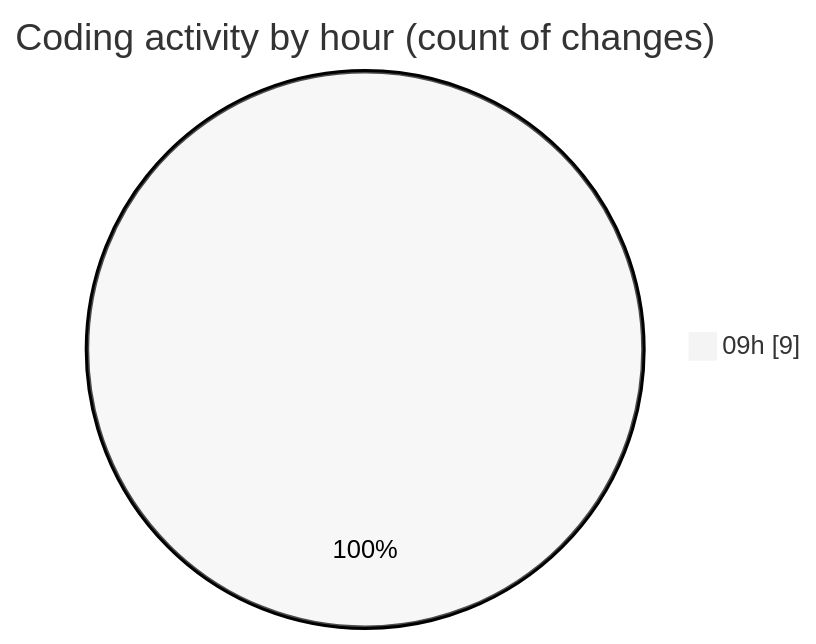
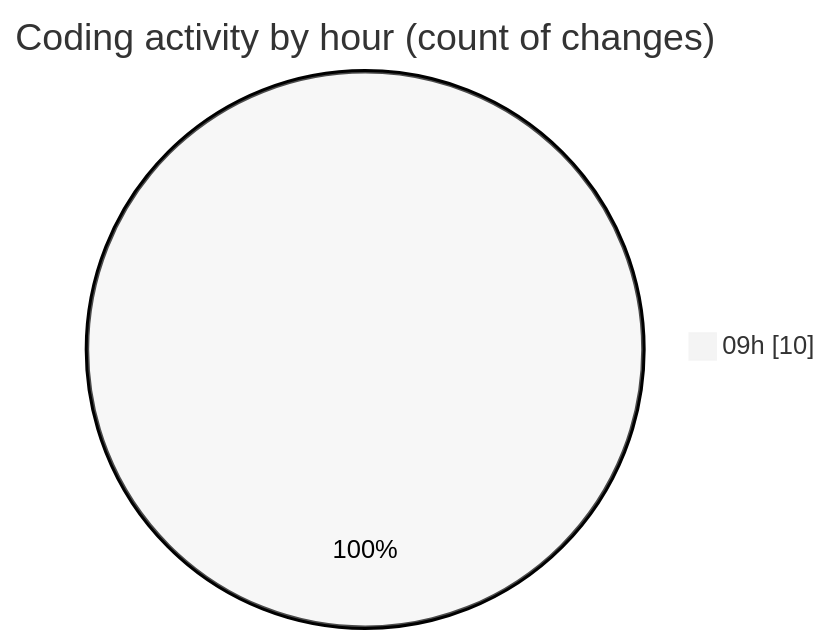
The second of 2 diagrams in 2025-03-21/myws__workspace_/README.md (MatusMokan/code-tracking), drawn with Mermaid (neutral theme) before and after one commit. The commit also changed other lines of this file and 1 other file, not shown here.

````diff
--- a/2025-03-21/myws__workspace_/README.md
+++ b/2025-03-21/myws__workspace_/README.md
@@ -28,5 +28,5 @@
 ```mermaid
 pie showData
 title Coding activity by hour (count of changes)
-"09h" : 9
+"09h" : 10
 ```
````
